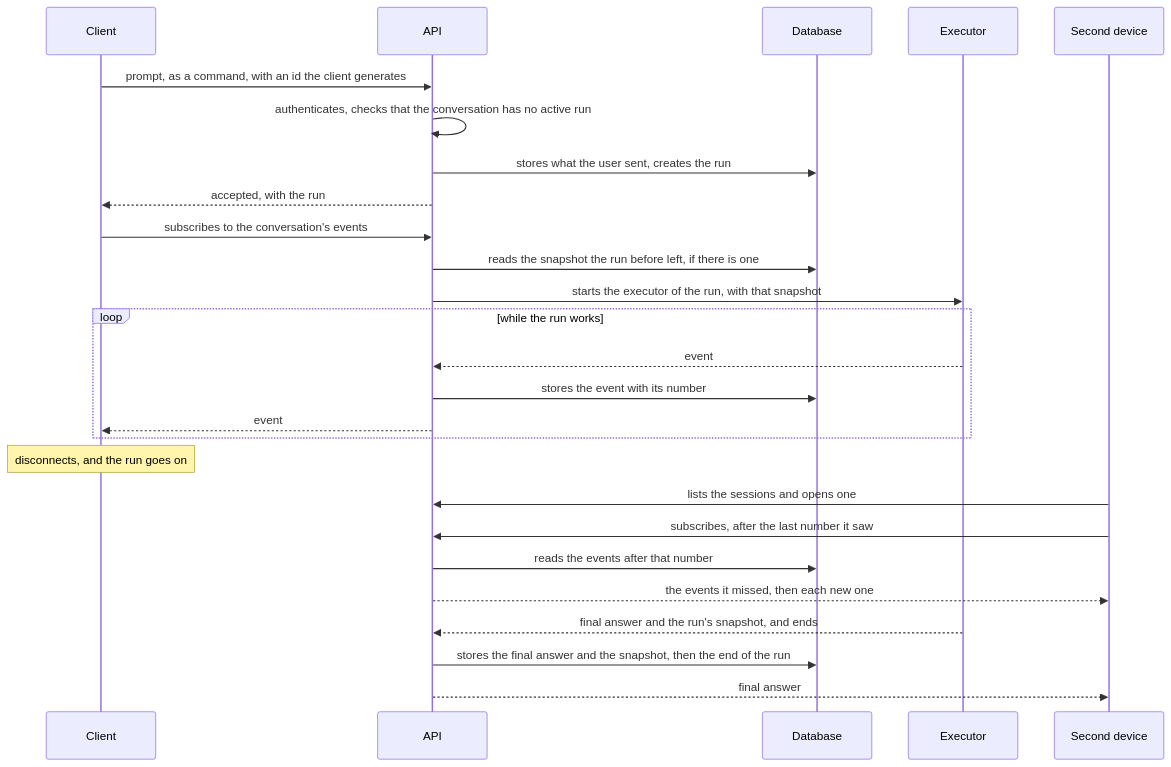
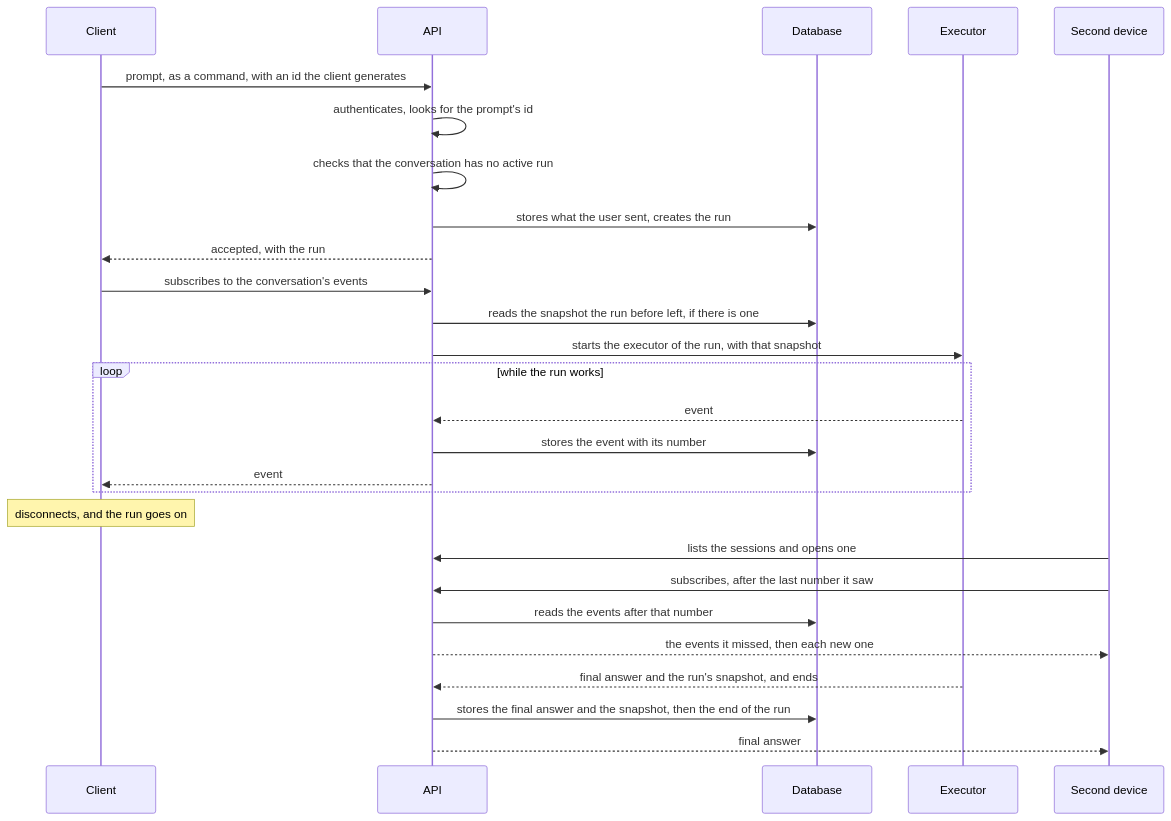
One commit to Mikode13/harness-docs changed the diagram in flows/prompt-and-reconnect.md. Above: the diagram before and after it, drawn with Mermaid. The commit also changed 11 other files, not shown here.

First line of the commit message:
docs: add the flows for cancelling, a restart, clearing and deleting, and authenticating

````diff
--- a/flows/prompt-and-reconnect.md
+++ b/flows/prompt-and-reconnect.md
@@ -13,33 +13,34 @@
 ```mermaid
 sequenceDiagram
     participant C as Client
     participant A as API
     participant D as Database
     participant E as Executor
     participant S as Second device
 
     C->>A: prompt, as a command, with an id the client generates
-    A->>A: authenticates, checks that the conversation has no active run
+    A->>A: authenticates, looks for the prompt's id
+    A->>A: checks that the conversation has no active run
     A->>D: stores what the user sent, creates the run
     A-->>C: accepted, with the run
     C->>A: subscribes to the conversation's events
     A->>D: reads the snapshot the run before left, if there is one
     A->>E: starts the executor of the run, with that snapshot
 
     loop while the run works
         E-->>A: event
         A->>D: stores the event with its number
         A-->>C: event
     end
 
     Note over C: disconnects, and the run goes on
 
     S->>A: lists the sessions and opens one
     S->>A: subscribes, after the last number it saw
     A->>D: reads the events after that number
     A-->>S: the events it missed, then each new one
 
     E-->>A: final answer and the run's snapshot, and ends
     A->>D: stores the final answer and the snapshot, then the end of the run
     A-->>S: final answer
 ```
````
